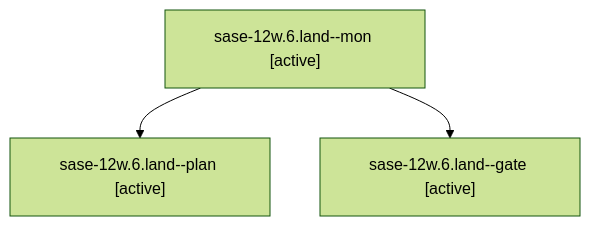
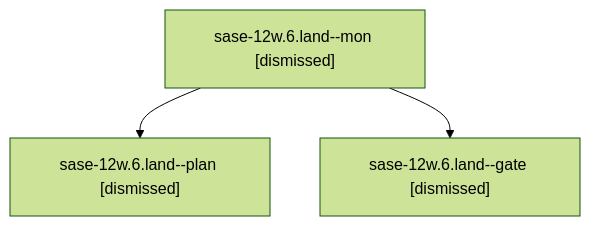
Before and after one commit to sase-org/sase--agents: the diagram in sessions/bbugyi200.athena.sase-12w.6.land.md, drawn with Mermaid (forest theme). The commit also changed other lines of this file and 219 other files, not shown here.

````diff
--- a/sessions/bbugyi200.athena.sase-12w.6.land.md
+++ b/sessions/bbugyi200.athena.sase-12w.6.land.md
@@ -9,8 +9,8 @@
 ```mermaid
 flowchart TD
-  n0["sase-12w.6.land--mon [active]"]
-  n1["sase-12w.6.land--plan [active]"]
+  n0["sase-12w.6.land--mon [dismissed]"]
+  n1["sase-12w.6.land--plan [dismissed]"]
   n0 --> n1
-  n2["sase-12w.6.land--gate [active]"]
+  n2["sase-12w.6.land--gate [dismissed]"]
   n0 --> n2
 ```
````
